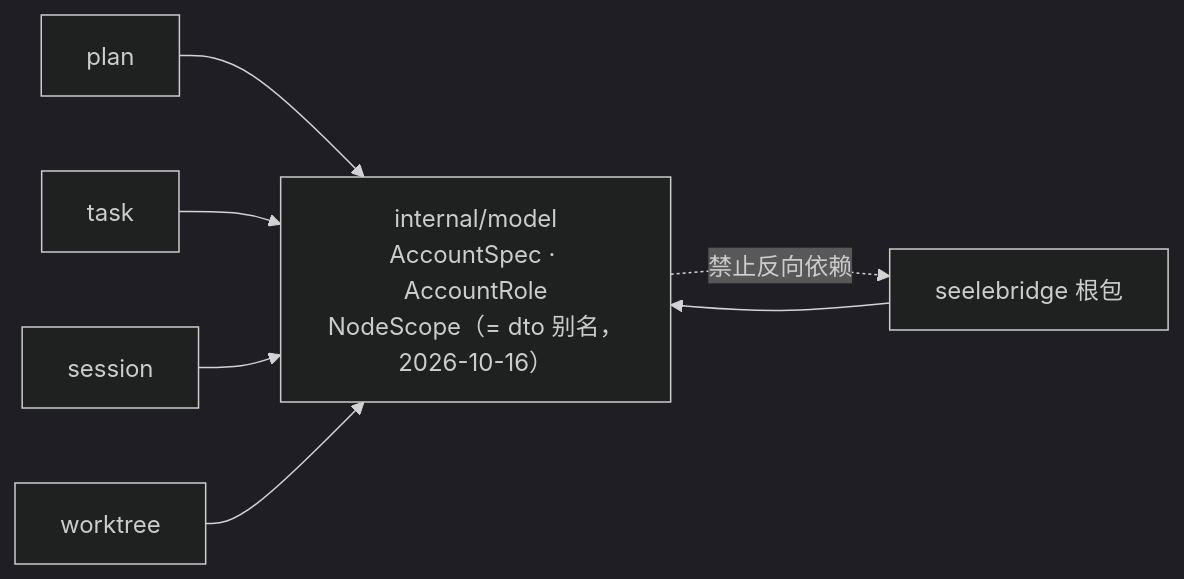
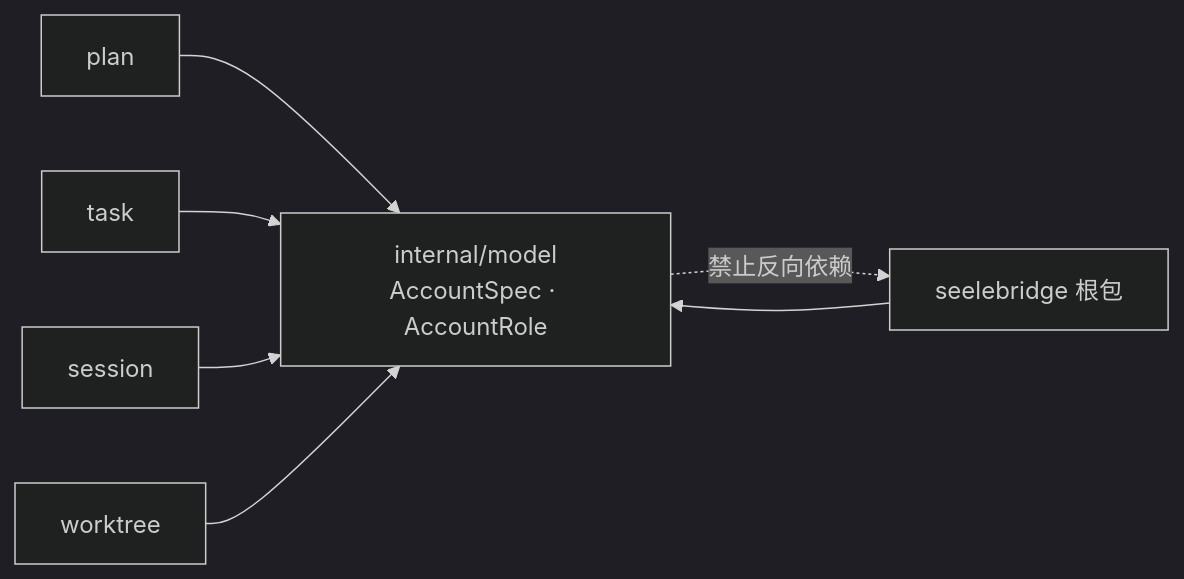
The diagram in internal/model/README.md (RedHuang-0622/seelex), drawn with Mermaid (dark theme) before and after one commit. The commit also changed other lines of this file and 67 other files, not shown here.

Commit message:
refactor(node): NodeScope 退役为 SceneScope；worktree 收尾归 workunit

````diff
--- a/internal/model/README.md
+++ b/internal/model/README.md
@@ -10,10 +10,10 @@
 ```mermaid
 flowchart LR
-    MODEL["internal/model<br/>AccountSpec · AccountRole<br/>NodeScope（= dto 别名，2026-10-16）"]
+    MODEL["internal/model<br/>AccountSpec · AccountRole"]
     ROOT["seelebridge 根包"] --> MODEL
     PLAN["plan"] --> MODEL
     TASK["task"] --> MODEL
     SESSION["session"] --> MODEL
     WT["worktree"] --> MODEL
     MODEL -.->|禁止反向依赖| ROOT
 ```
````
